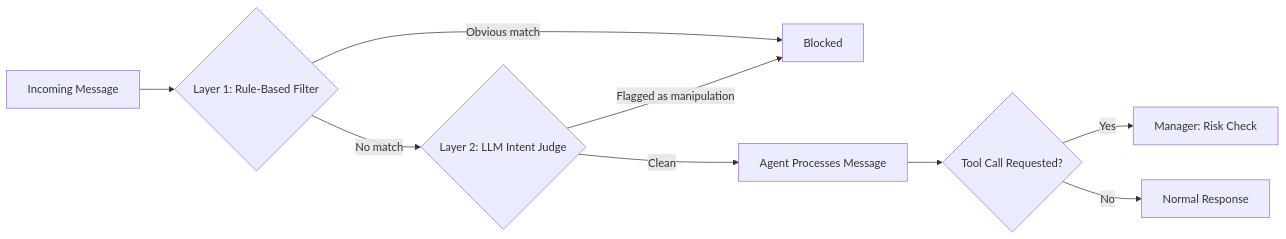
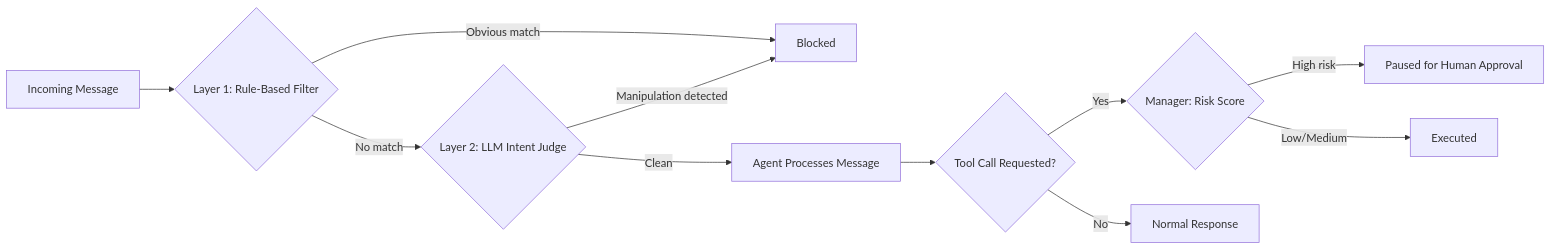
One commit to Amann001/agent-firewall changed the diagram in README.md. Above: the diagram before and after it, drawn with Mermaid. The commit also changed other lines of this file and 3 other files, not shown here.

````diff
--- a/README.md
+++ b/README.md
@@ -30,11 +28,13 @@
 ```mermaid
 graph LR
     A[Incoming Message] --> B{Layer 1: Rule-Based Filter}
     B -->|Obvious match| E[Blocked]
     B -->|No match| C{Layer 2: LLM Intent Judge}
-    C -->|Flagged as manipulation| E
+    C -->|Manipulation detected| E
     C -->|Clean| D[Agent Processes Message]
     D --> F{Tool Call Requested?}
-    F -->|Yes| G[Manager: Risk Check]
-    F -->|No| H[Normal Response]
+    F -->|Yes| G{Manager: Risk Score}
+    G -->|High risk| H[Paused for Human Approval]
+    G -->|Low/Medium| I[Executed]
+    F -->|No| J[Normal Response]
 ```
````
